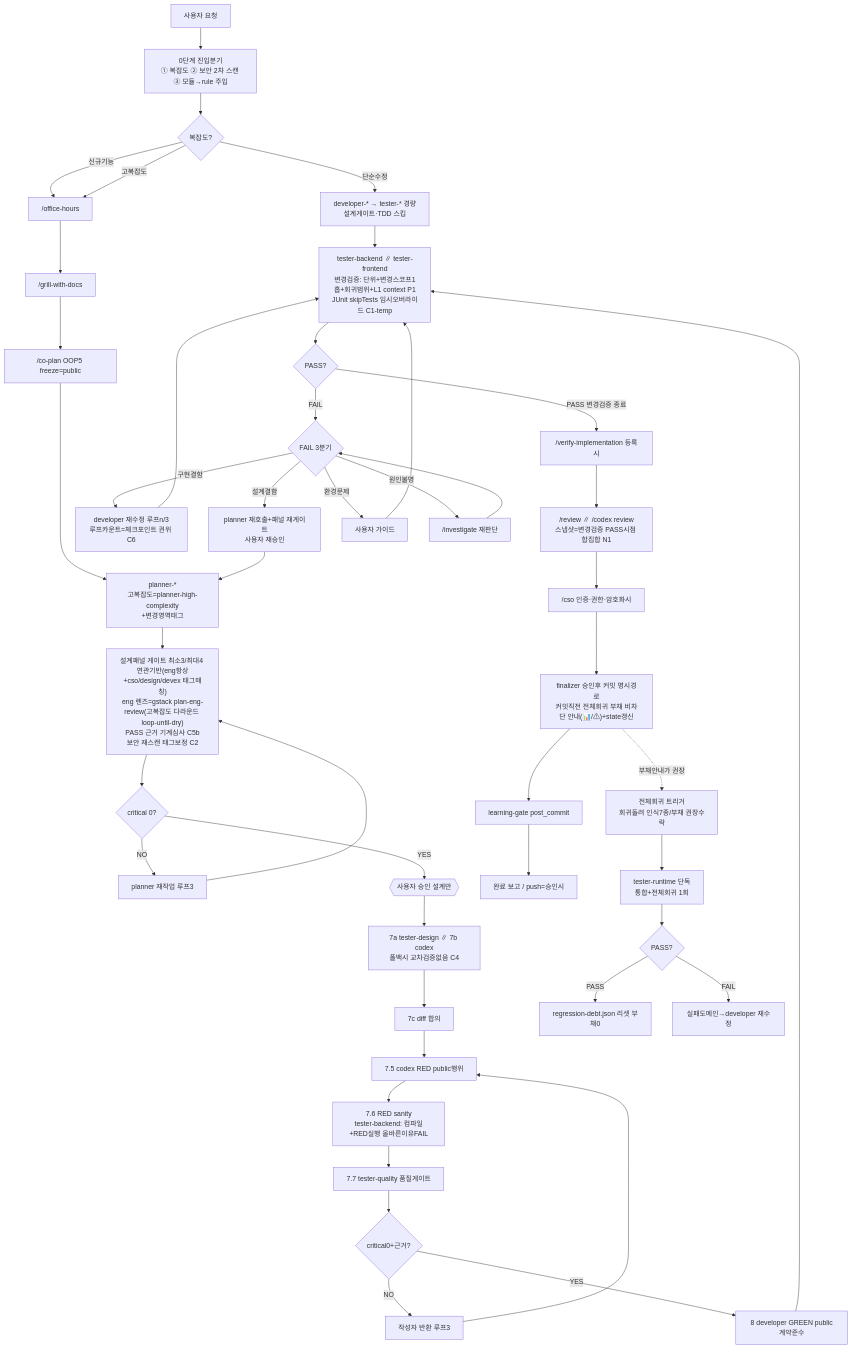
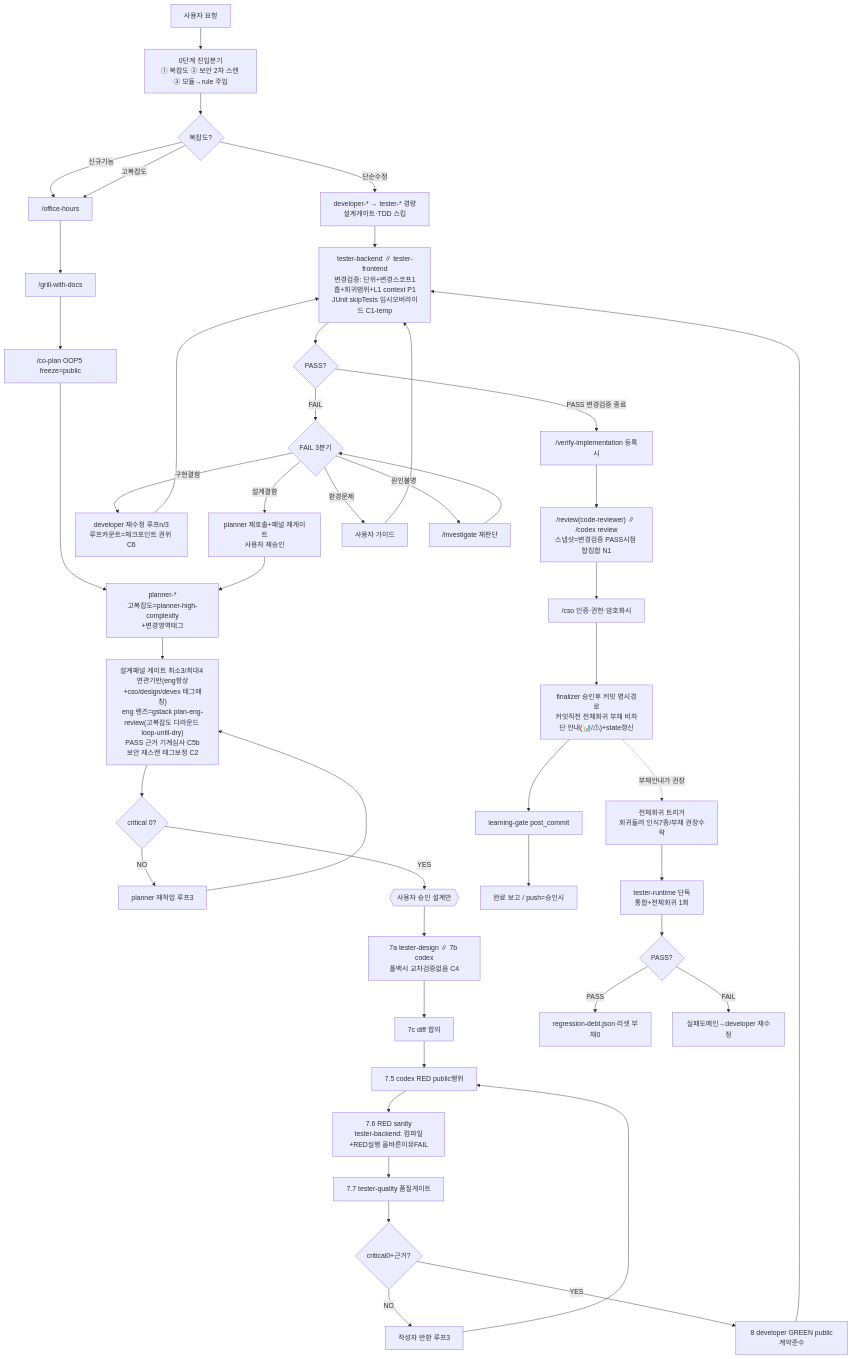
One commit to JungwooKim1271011706/harness-setup changed the diagram in README.md. Above: the diagram before and after it, drawn with Mermaid. The commit also changed other lines of this file and 5 other files, not shown here.

First line of the commit message:
feat(harness): /review 실행주체 — code-reviewer 서브에이전트 신설 — v3.4.0

````diff
--- a/README.md
+++ b/README.md
@@ -11,42 +11,42 @@
 ```mermaid
 flowchart TD
   REQ["사용자 요청"] --> S0["0단계 진입분기<br/>① 복잡도 ② 보안 2차 스캔 ③ 모듈→rule 주입"]
   S0 --> CPX{복잡도?}
 
   CPX -->|단순수정| SIMP["developer-* → tester-* 경량<br/>설계게이트·TDD 스킵"]
   SIMP --> POST
   CPX -->|신규기능| NF1["/office-hours"]
   CPX -->|고복잡도| NF1
 
   NF1 --> NF2["/grill-with-docs"] --> NF3["/co-plan OOP5 freeze=public"] --> PL["planner-*<br/>고복잡도=planner-high-complexity<br/>+변경영역태그"]
   PL --> GATE["설계패널 게이트 최소3/최대4 연관기반(eng항상+cso/design/devex 태그매칭)<br/>eng 렌즈=gstack plan-eng-review(고복잡도 다라운드 loop-until-dry)<br/>PASS 근거 기계심사 C5b<br/>보안 재스캔 태그보정 C2"]
   GATE --> CRIT{critical 0?}
   CRIT -->|NO| PLRE["planner 재작업 루프3"] --> GATE
   CRIT -->|YES| APV{{"사용자 승인 설계만"}}
 
   APV --> T7A["7a tester-design ∥ 7b codex<br/>폴백시 교차검증없음 C4"]
   T7A --> T7C["7c diff 합의"] --> T75["7.5 codex RED public행위"] --> T76["7.6 RED sanity<br/>tester-backend: 컴파일+RED실행 올바른이유FAIL"] --> T77["7.7 tester-quality 품질게이트"]
   T77 --> Q77{critical0+근거?}
   Q77 -->|NO| RET["작성자 반환 루프3"] --> T75
   Q77 -->|YES| T8["8 developer GREEN public계약준수"]
   T8 --> POST
 
   POST["tester-backend ∥ tester-frontend<br/>변경검증: 단위+변경스코프1홉+회귀범위+L1 context P1<br/>JUnit skipTests 임시오버라이드 C1-temp"]
   POST --> PF{PASS?}
   PF -->|PASS 변경검증 종료| VER["/verify-implementation 등록시"]
-  VER --> REV["/review ∥ /codex review<br/>스냅샷=변경검증 PASS시점 합집합 N1"]
+  VER --> REV["/review(code-reviewer) ∥ /codex review<br/>스냅샷=변경검증 PASS시점 합집합 N1"]
   REV --> CSO["/cso 인증·권한·암호화시"] --> FIN["finalizer 승인후 커밋 명시경로<br/>커밋직전 전체회귀 부채 비차단 안내(📊/⚠)+state갱신"]
   FIN --> LG["learning-gate post_commit"] --> DONE["완료 보고 / push=승인시"]
 
   PF -->|FAIL| FB{FAIL 3분기}
   FB -->|구현결함| DEV["developer 재수정 루프n/3<br/>루프카운트=체크포인트 권위 C6"] --> POST
   FB -->|설계결함| DM["planner 재호출+패널 재게이트<br/>사용자 재승인"] --> PL
   FB -->|환경문제| EN["사용자 가이드"] --> POST
   FB -->|원인불명| INV["/investigate 재판단"] --> FB
 
   FIN -.부채안내가 권장.-> DEBT["전체회귀 트리거<br/>회귀돌려 인식7종/부채 권장수락"]
   DEBT --> RT["tester-runtime 단독<br/>통합+전체회귀 1회"]
   RT --> RTP{PASS?}
   RTP -->|PASS| RST["regression-debt.json 리셋 부채0"]
   RTP -->|FAIL| RTF["실패도메인→developer 재수정"]
 ```
````
